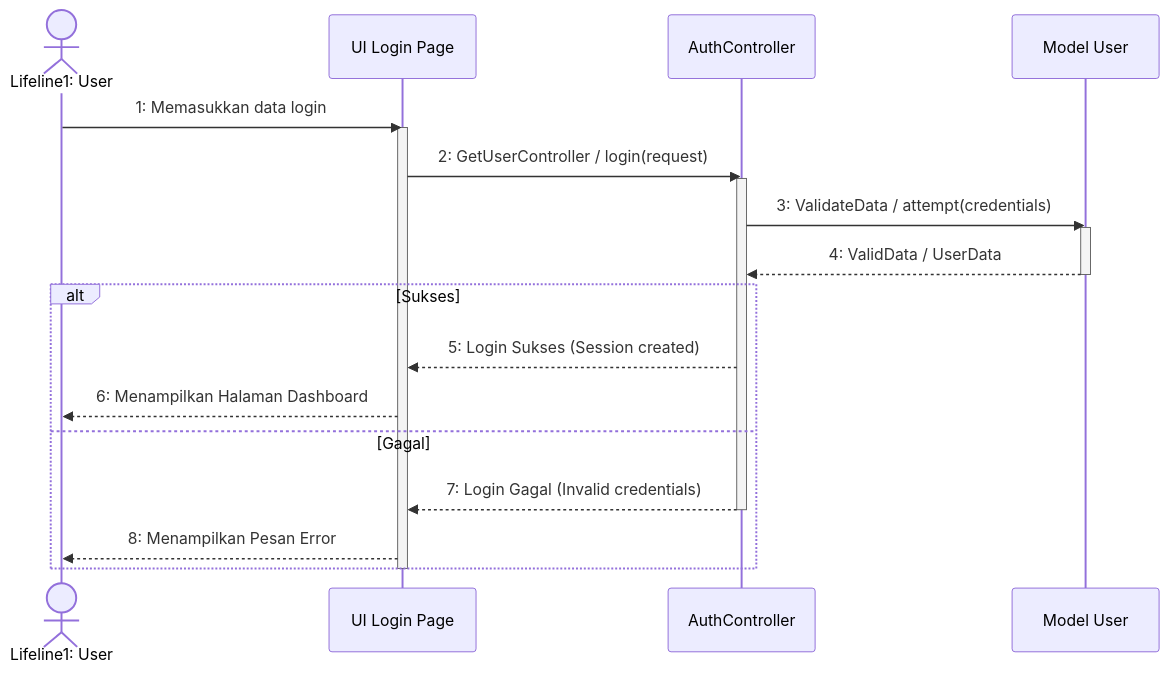
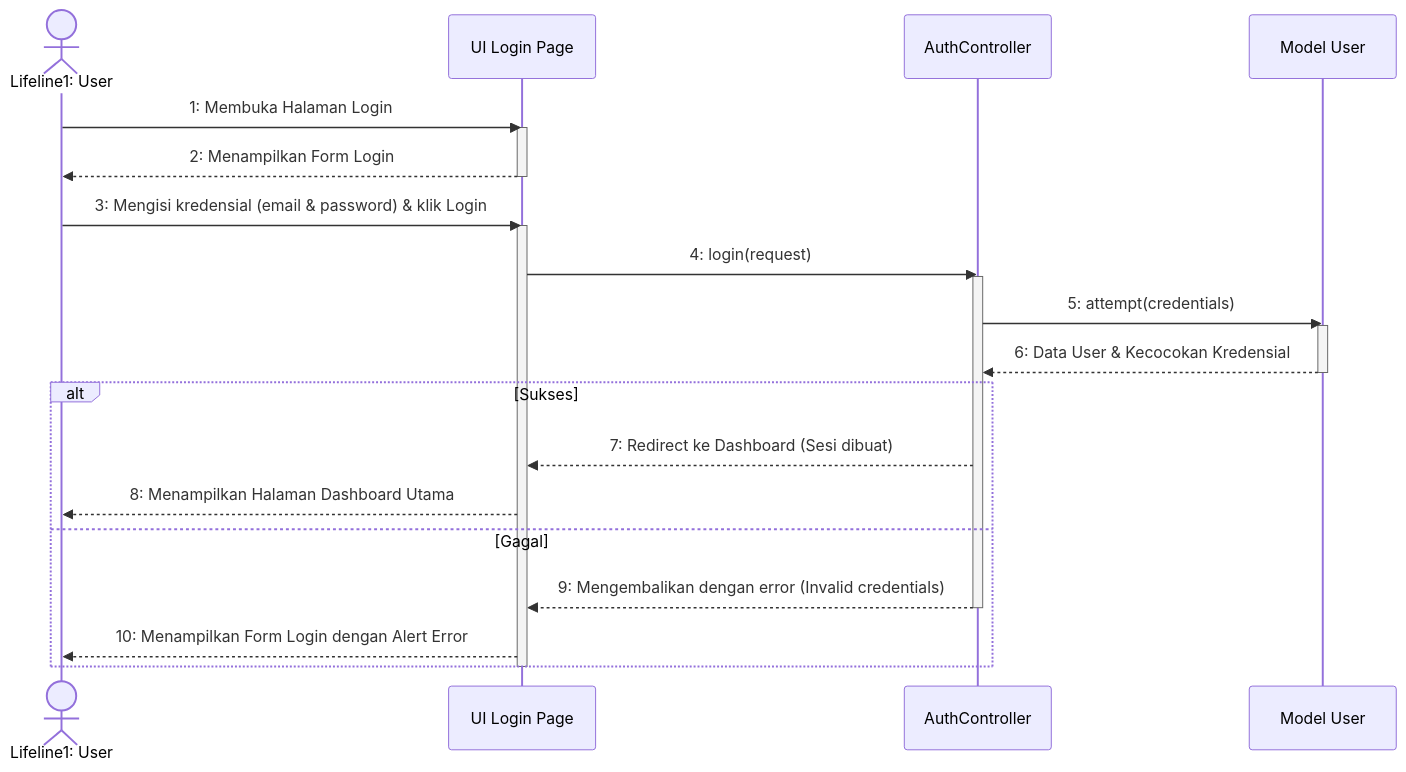
One commit to Duandi04/ta_submission changed the diagram in docs/uml/Sequence Diagram/User/sequence_diagram_login.md. Above: the diagram before and after it, drawn with Mermaid. The commit also changed 28 other files, not shown here.

Commit message:
refactor: implement program study settings and update UML documentation for Kaprodi configuration

````diff
--- a/docs/uml/Sequence Diagram/User/sequence_diagram_login.md
+++ b/docs/uml/Sequence Diagram/User/sequence_diagram_login.md
@@ -5,26 +5,31 @@
 ```mermaid
 sequenceDiagram
     actor User as Lifeline1: User
     participant UI as UI Login Page
     participant Ctrl as AuthController
     participant Model as Model User
 
-    User->>UI: 1: Memasukkan data login
+    User->>UI: 1: Membuka Halaman Login
     activate UI
-    UI->>Ctrl: 2: GetUserController / login(request)
+    UI-->>User: 2: Menampilkan Form Login
+    deactivate UI
+
+    User->>UI: 3: Mengisi kredensial (email & password) & klik Login
+    activate UI
+    UI->>Ctrl: 4: login(request)
     activate Ctrl
-    Ctrl->>Model: 3: ValidateData / attempt(credentials)
+    Ctrl->>Model: 5: attempt(credentials)
     activate Model
-    Model-->>Ctrl: 4: ValidData / UserData
+    Model-->>Ctrl: 6: Data User & Kecocokan Kredensial
     deactivate Model
     
     alt Sukses
-        Ctrl-->>UI: 5: Login Sukses (Session created)
-        UI-->>User: 6: Menampilkan Halaman Dashboard
+        Ctrl-->>UI: 7: Redirect ke Dashboard (Sesi dibuat)
+        UI-->>User: 8: Menampilkan Halaman Dashboard Utama
     else Gagal
-        Ctrl-->>UI: 7: Login Gagal (Invalid credentials)
+        Ctrl-->>UI: 9: Mengembalikan dengan error (Invalid credentials)
         deactivate Ctrl
-        UI-->>User: 8: Menampilkan Pesan Error
+        UI-->>User: 10: Menampilkan Form Login dengan Alert Error
     end
     deactivate UI
 ```
````
